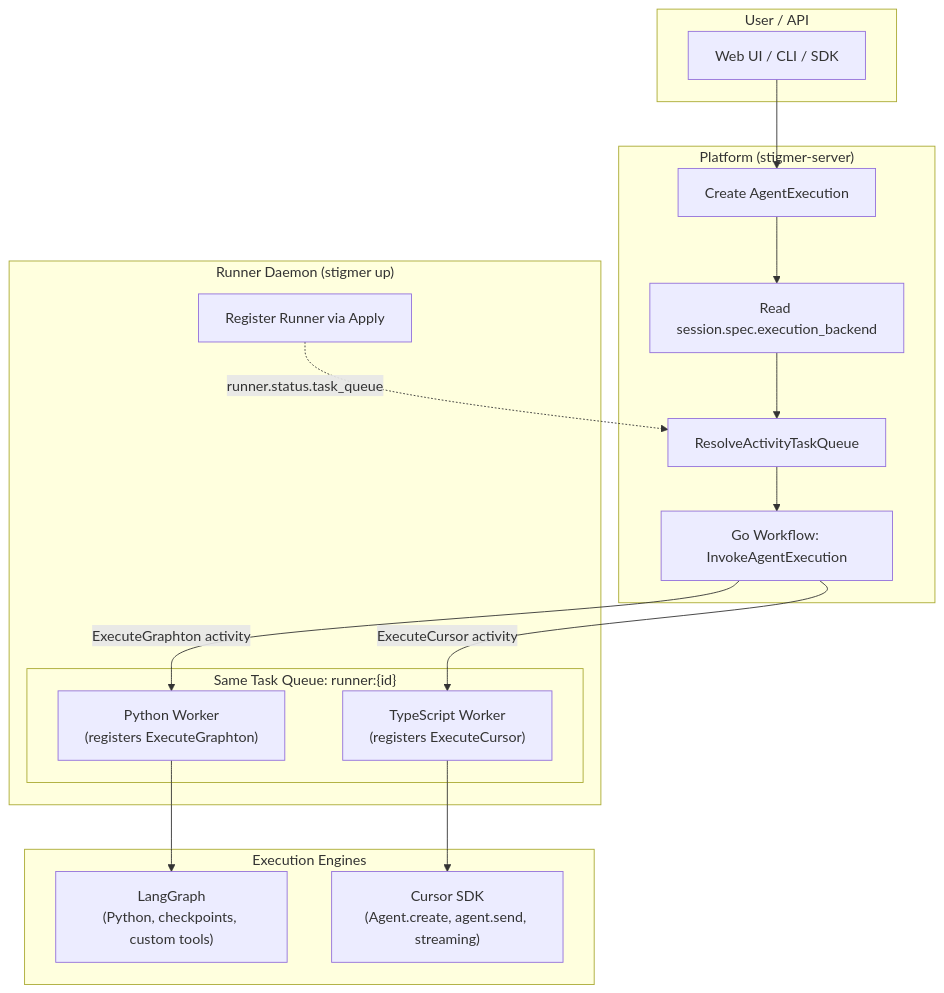
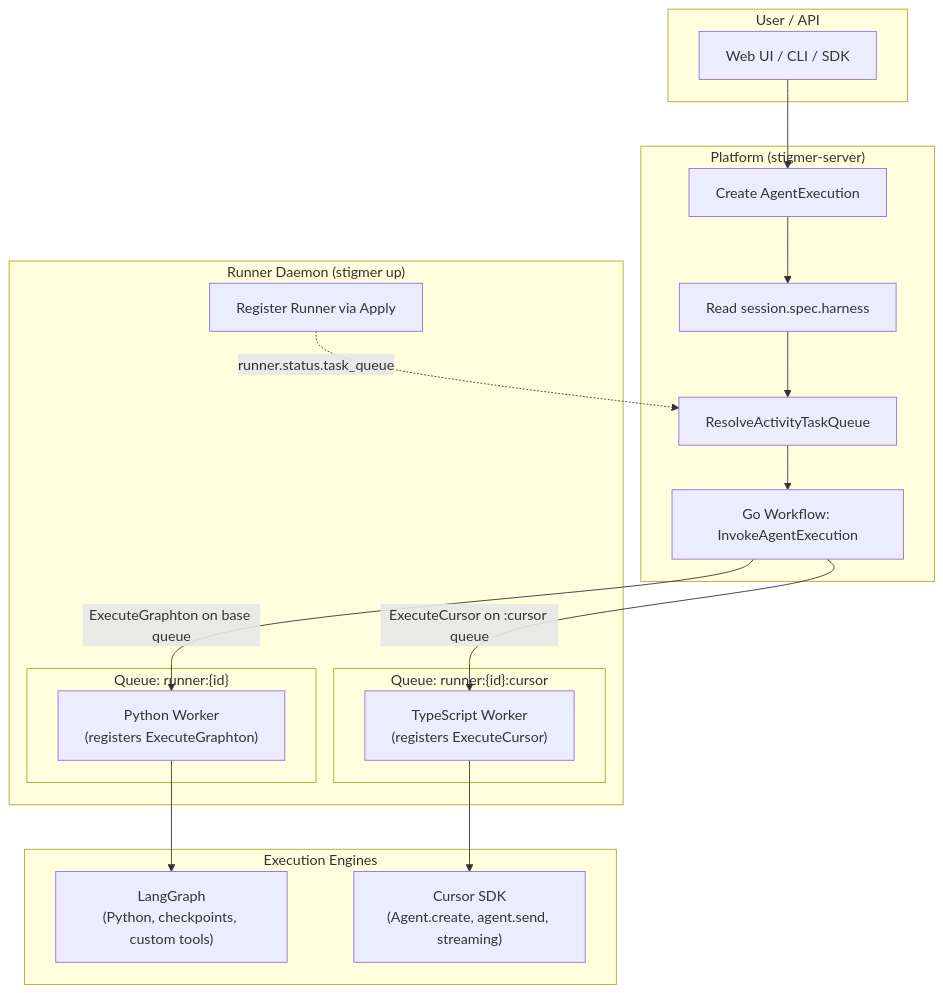
Before and after one commit to stigmer/stigmer: the diagram in _projects/2026-04/20260430.01.cursor-harness/design-decisions/cursor-harness-analysis.md, drawn with Mermaid. The commit also changed other lines of this file and 8 other files, not shown here.

First line of the commit message:
fix(backend,cursor-runner): use derived task queue for deterministic ExecuteCursor routing

````diff
--- a/_projects/2026-04/20260430.01.cursor-harness/design-decisions/cursor-harness-analysis.md
+++ b/_projects/2026-04/20260430.01.cursor-harness/design-decisions/cursor-harness-analysis.md
@@ -34,36 +42,38 @@
 ```mermaid
 flowchart TD
     subgraph UserLayer ["User / API"]
         WebUI["Web UI / CLI / SDK"]
     end
 
     subgraph PlatformLayer ["Platform (stigmer-server)"]
         CreateExec["Create AgentExecution"]
-        ReadSession["Read session.spec.execution_backend"]
+        ReadSession["Read session.spec.harness"]
         Dispatch["ResolveActivityTaskQueue"]
         GoWF["Go Workflow: InvokeAgentExecution"]
     end
 
     subgraph RunnerDaemon ["Runner Daemon (stigmer up)"]
         Register["Register Runner via Apply"]
-        subgraph SameQueue ["Same Task Queue: runner:{id}"]
+        subgraph BaseQueue ["Queue: runner:{id}"]
             PyWorker["Python Worker\n(registers ExecuteGraphton)"]
+        end
+        subgraph CursorQueue ["Queue: runner:{id}:cursor"]
             TsWorker["TypeScript Worker\n(registers ExecuteCursor)"]
         end
     end
 
     subgraph Engines ["Execution Engines"]
         LG["LangGraph\n(Python, checkpoints, custom tools)"]
         CursorSDK["Cursor SDK\n(Agent.create, agent.send, streaming)"]
     end
 
     WebUI --> CreateExec
     CreateExec --> ReadSession
     ReadSession --> Dispatch
     Dispatch --> GoWF
-    GoWF -->|"ExecuteGraphton activity"| PyWorker
-    GoWF -->|"ExecuteCursor activity"| TsWorker
+    GoWF -->|"ExecuteGraphton on base queue"| PyWorker
+    GoWF -->|"ExecuteCursor on :cursor queue"| TsWorker
     PyWorker --> LG
     TsWorker --> CursorSDK
     Register -.->|"runner.status.task_queue"| Dispatch
 ```
````
